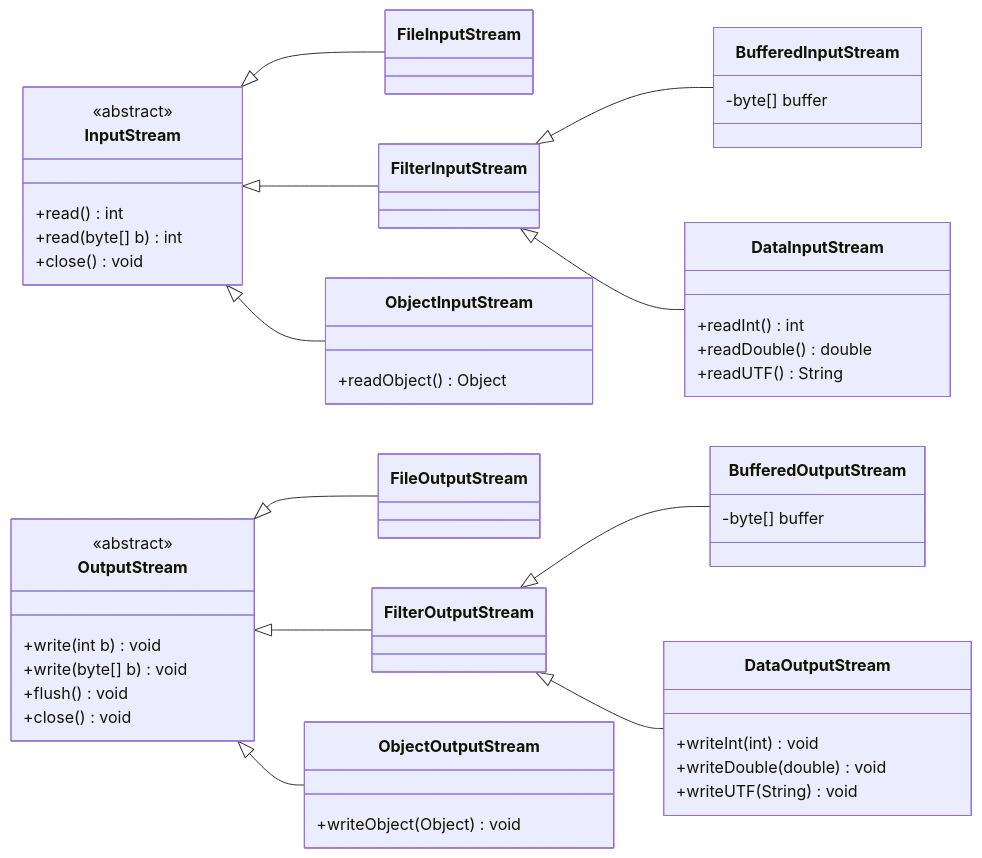
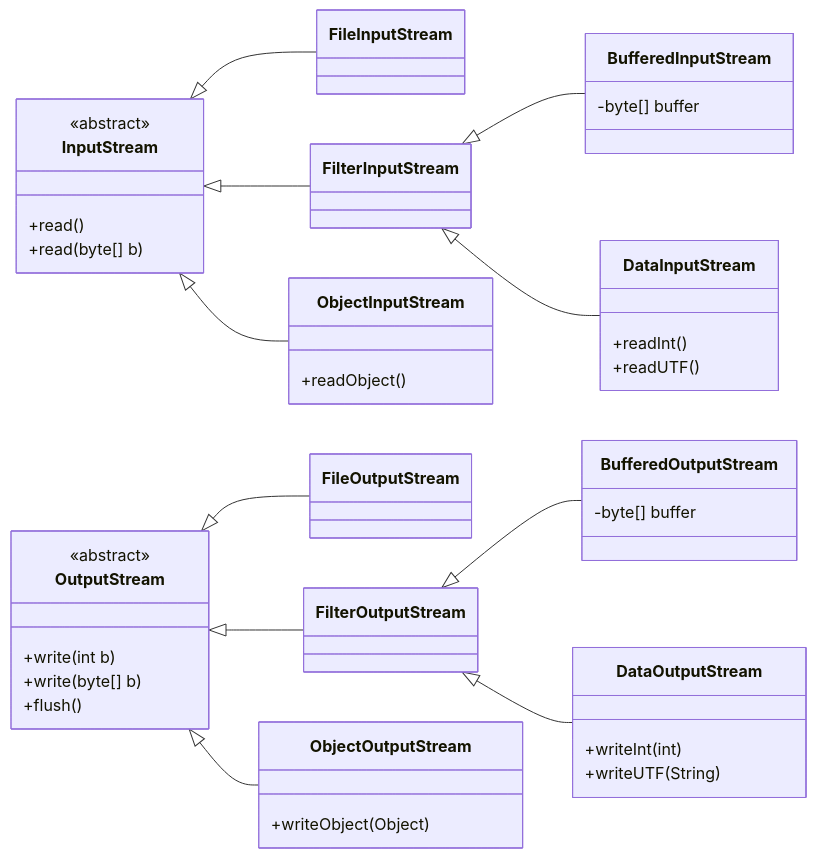
The diagram in docs/diagrams/chapter14-byte-stream-hierarchy.mmd (Nagatani/techbook-java-primer), drawn with Mermaid before and after one commit. The commit also changed 86 other files, not shown here.

First line of the commit message:
feat: 図の文字をBIZ UDPゴシックにする

```diff
--- a/docs/diagrams/chapter14-byte-stream-hierarchy.mmd
+++ b/docs/diagrams/chapter14-byte-stream-hierarchy.mmd
@@ -1,64 +1,60 @@
 classDiagram
     direction LR
     class InputStream {
         <<abstract>>
-        +read() int
-        +read(byte[] b) int
-        +close() void
+        +read()
+        +read(byte[] b)
     }
     
     class FileInputStream
     
     class FilterInputStream
     
     class BufferedInputStream {
         -byte[] buffer
     }
     
     class DataInputStream {
-        +readInt() int
-        +readDouble() double
-        +readUTF() String
+        +readInt()
+        +readUTF()
     }
     
     class ObjectInputStream {
-        +readObject() Object
+        +readObject()
     }
     
     class OutputStream {
         <<abstract>>
-        +write(int b) void
-        +write(byte[] b) void
-        +flush() void
-        +close() void
+        +write(int b)
+        +write(byte[] b)
+        +flush()
     }
     
     class FileOutputStream
     
     class FilterOutputStream
     
     class BufferedOutputStream {
         -byte[] buffer
     }
     
     class DataOutputStream {
-        +writeInt(int) void
-        +writeDouble(double) void
-        +writeUTF(String) void
+        +writeInt(int)
+        +writeUTF(String)
     }
     
     class ObjectOutputStream {
-        +writeObject(Object) void
+        +writeObject(Object)
     }
     
     InputStream <|-- FileInputStream
     InputStream <|-- FilterInputStream
     FilterInputStream <|-- BufferedInputStream
     FilterInputStream <|-- DataInputStream
     InputStream <|-- ObjectInputStream
     
     OutputStream <|-- FileOutputStream
     OutputStream <|-- FilterOutputStream
     FilterOutputStream <|-- BufferedOutputStream
     FilterOutputStream <|-- DataOutputStream
     OutputStream <|-- ObjectOutputStream
```
